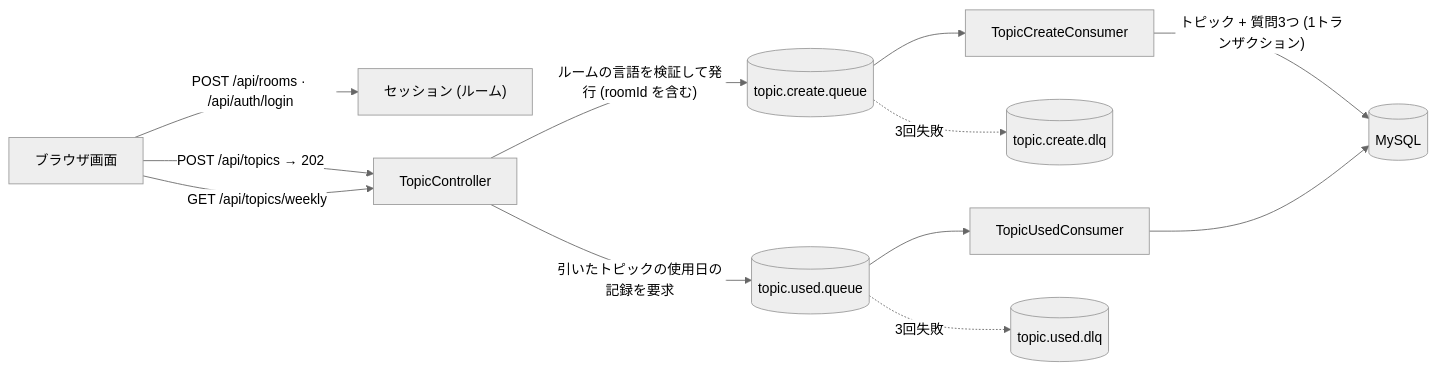
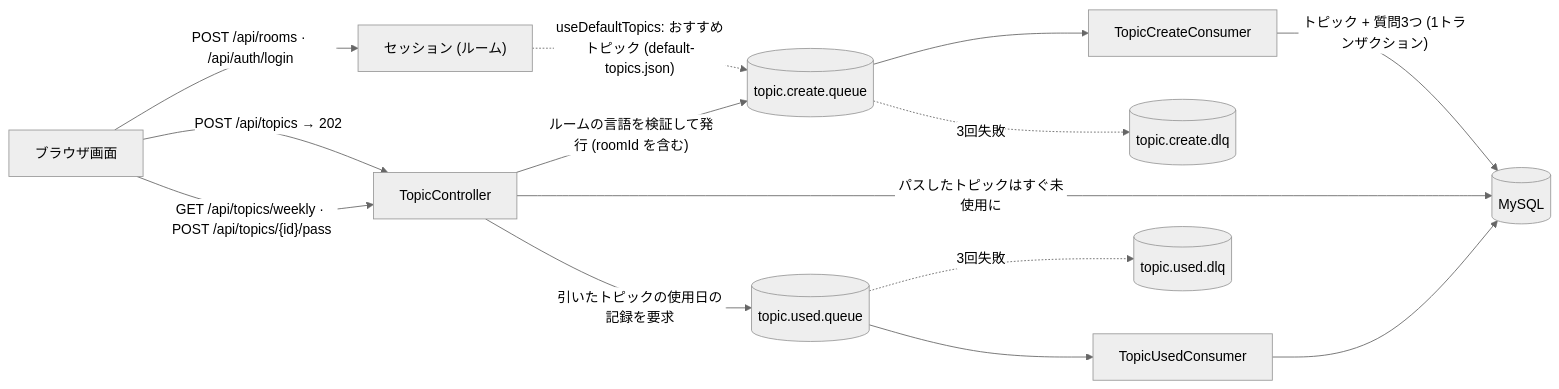
Before and after one commit to EauLune01/language-exchange: the diagram in README-ja.md, drawn with Mermaid (neutral theme). The commit also changed other lines of this file and 25 other files, not shown here.

````diff
--- a/README-ja.md
+++ b/README-ja.md
@@ -28,15 +30,17 @@
 ```mermaid
 flowchart LR
     A["ブラウザ画面"] -->|"POST /api/rooms · /api/auth/login"| S["セッション (ルーム)"]
+    S -. "useDefaultTopics: おすすめトピック (default-topics.json)" .-> C
     A -->|"POST /api/topics → 202"| B["TopicController"]
     B -->|"ルームの言語を検証して発行 (roomId を含む)"| C[("topic.create.queue")]
     C --> D["TopicCreateConsumer"]
     D -->|"トピック + 質問3つ (1トランザクション)"| E[("MySQL")]
     C -. "3回失敗" .-> F[("topic.create.dlq")]
 
-    A -->|"GET /api/topics/weekly"| B
+    A -->|"GET /api/topics/weekly · POST /api/topics/{id}/pass"| B
+    B -->|"パスしたトピックはすぐ未使用に"| E
     B -->|"引いたトピックの使用日の記録を要求"| G[("topic.used.queue")]
     G --> H["TopicUsedConsumer"]
     H --> E
     G -. "3回失敗" .-> I[("topic.used.dlq")]
 ```
````
